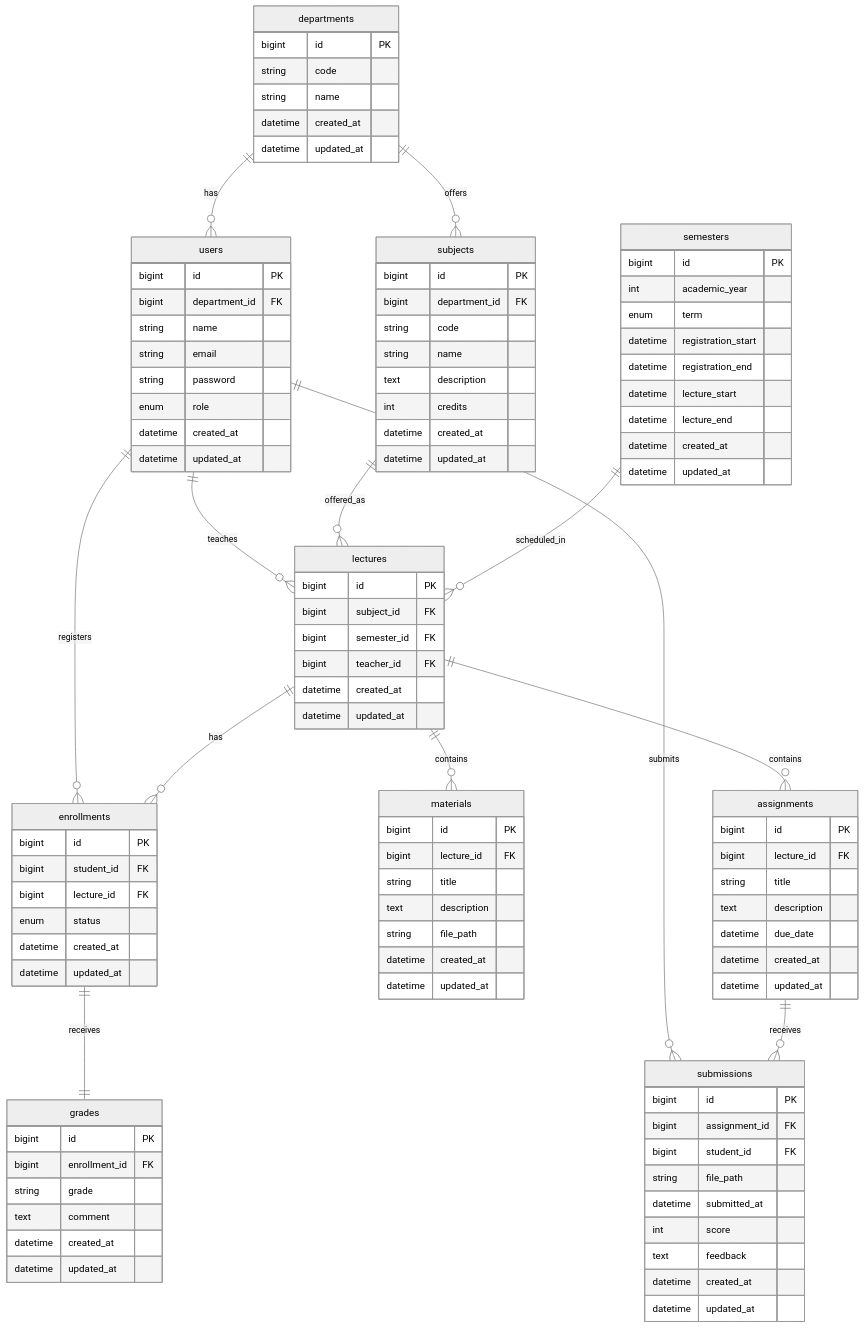
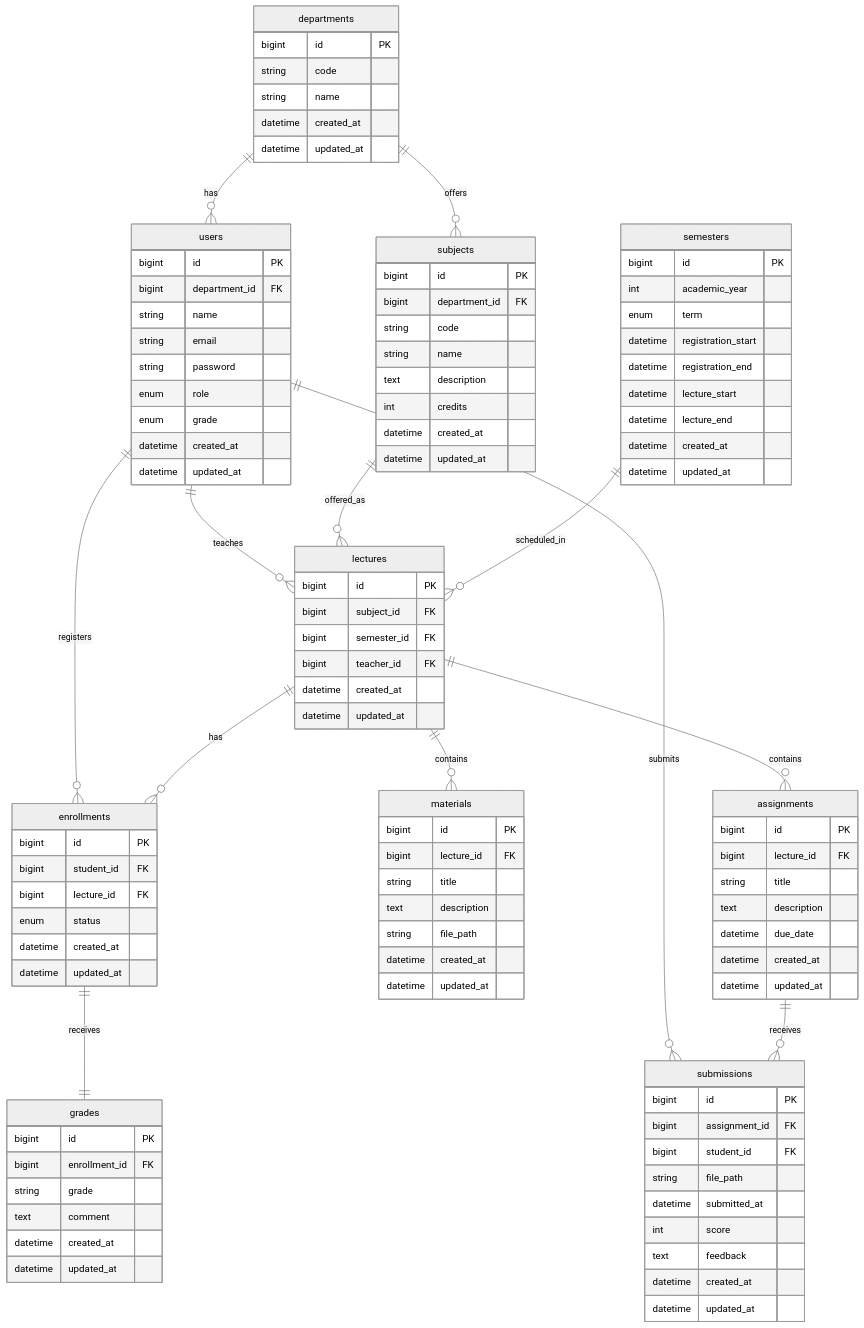
One commit to HAL0716/CampusPortal changed the first of 2 diagrams in README.md. Above: the diagram before and after it, drawn with Mermaid (neutral theme). The commit also changed 3 other files, not shown here.

```diff
--- a/README.md
+++ b/README.md
@@ -62,6 +62,7 @@
     string email
     string password
     enum role
+    enum grade
     datetime created_at
     datetime updated_at
 }
```
